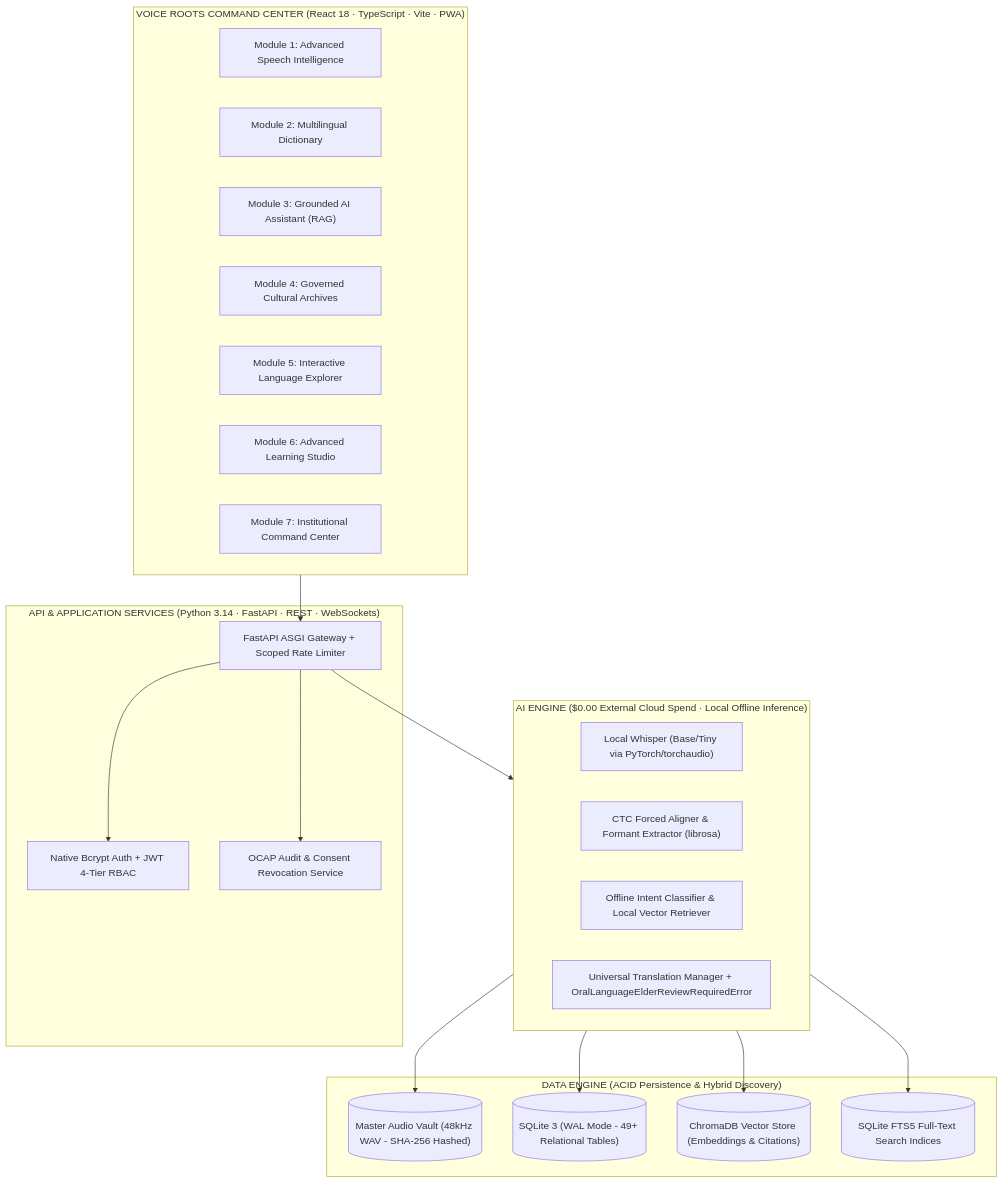
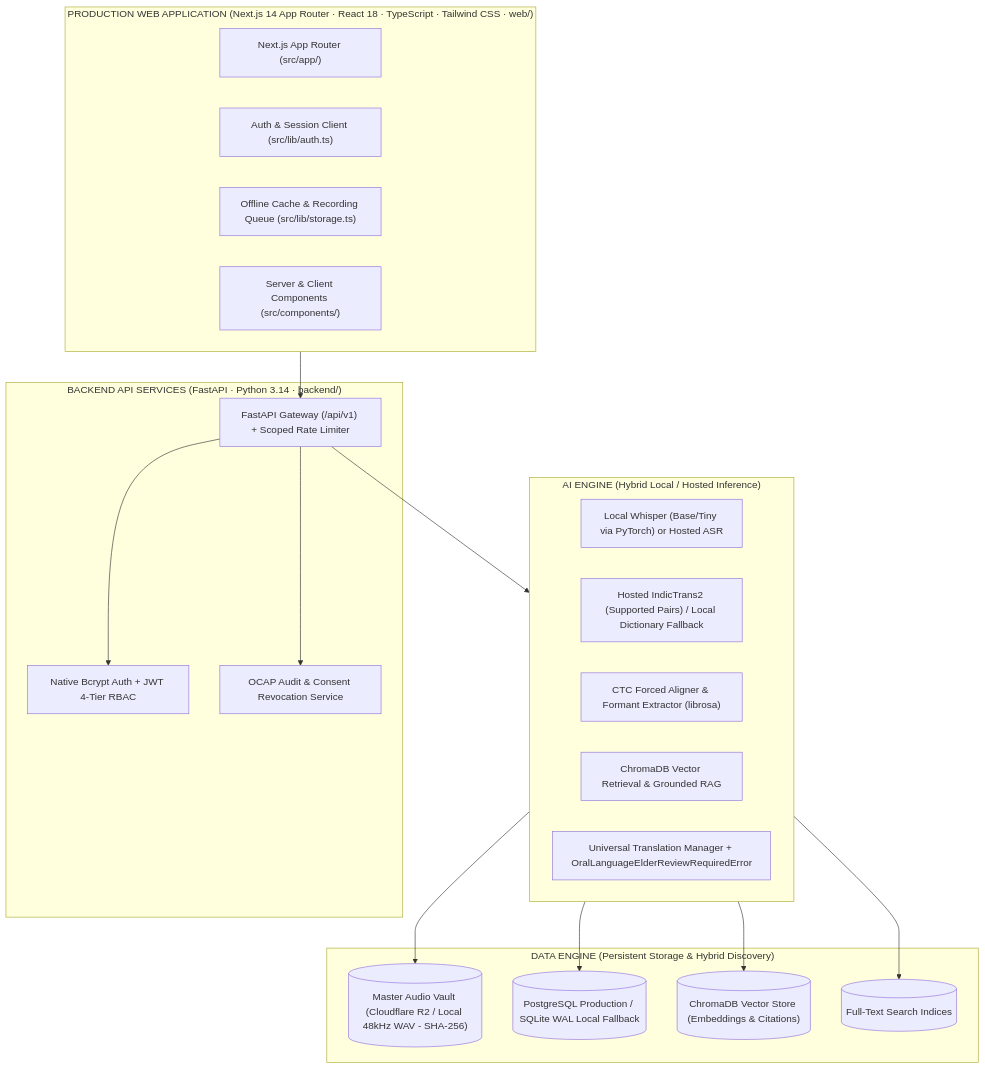
One commit to chinttuthonas1716-boop/voice-roots changed the diagram in docs/V2.0_ROADMAP.md. Above: the diagram before and after it, drawn with Mermaid. The commit also changed other lines of this file and 35 other files, not shown here.

Commit message:
feat(launch): Phase 0 - Scope freeze (T0.1) and Next.js 14 roadmap alignment (T0.2)

````diff
--- a/docs/V2.0_ROADMAP.md
+++ b/docs/V2.0_ROADMAP.md
@@ -16,41 +20,39 @@
 ```mermaid
 flowchart TD
-    subgraph UI["VOICE ROOTS COMMAND CENTER (React 18 · TypeScript · Vite · PWA)"]
-        UI_M1["Module 1: Advanced Speech Intelligence"]
-        UI_M2["Module 2: Multilingual Dictionary"]
-        UI_M3["Module 3: Grounded AI Assistant (RAG)"]
-        UI_M4["Module 4: Governed Cultural Archives"]
-        UI_M5["Module 5: Interactive Language Explorer"]
-        UI_M6["Module 6: Advanced Learning Studio"]
-        UI_M7["Module 7: Institutional Command Center"]
+    subgraph WebApp["PRODUCTION WEB APPLICATION (Next.js 14 App Router · React 18 · TypeScript · Tailwind CSS · web/)"]
+        AppRouter["Next.js App Router (src/app/)"]
+        AuthClient["Auth & Session Client (src/lib/auth.ts)"]
+        StorageClient["Offline Cache & Recording Queue (src/lib/storage.ts)"]
+        UIComponents["Server & Client Components (src/components/)"]
     end
 
-    subgraph API["API & APPLICATION SERVICES (Python 3.14 · FastAPI · REST · WebSockets)"]
-        APIGateway["FastAPI ASGI Gateway + Scoped Rate Limiter"]
+    subgraph API["BACKEND API SERVICES (FastAPI · Python 3.14 · backend/)"]
+        APIGateway["FastAPI Gateway (/api/v1) + Scoped Rate Limiter"]
         AuthService["Native Bcrypt Auth + JWT 4-Tier RBAC"]
         AuditService["OCAP Audit & Consent Revocation Service"]
     end
 
-    subgraph AI["AI ENGINE ($0.00 External Cloud Spend · Local Offline Inference)"]
-        LocalWhisper["Local Whisper (Base/Tiny via PyTorch/torchaudio)"]
+    subgraph AI["AI ENGINE (Hybrid Local / Hosted Inference)"]
+        LocalWhisper["Local Whisper (Base/Tiny via PyTorch) or Hosted ASR"]
+        IndicTrans["Hosted IndicTrans2 (Supported Pairs) / Local Dictionary Fallback"]
         AcousticAligner["CTC Forced Aligner & Formant Extractor (librosa)"]
-        RAGRouter["Offline Intent Classifier & Local Vector Retriever"]
+        RAGRouter["ChromaDB Vector Retrieval & Grounded RAG"]
         TranslationGate["Universal Translation Manager + OralLanguageElderReviewRequiredError"]
     end
 
-    subgraph DATA["DATA ENGINE (ACID Persistence & Hybrid Discovery)"]
-        MasterVault[("Master Audio Vault (48kHz WAV - SHA-256 Hashed)")]
-        SQLiteDB[("SQLite 3 (WAL Mode - 49+ Relational Tables)")]
+    subgraph DATA["DATA ENGINE (Persistent Storage & Hybrid Discovery)"]
+        ObjectStorage[("Master Audio Vault (Cloudflare R2 / Local 48kHz WAV - SHA-256)")]
+        DatabaseEngine[("PostgreSQL Production / SQLite WAL Local Fallback")]
         ChromaStore[("ChromaDB Vector Store (Embeddings & Citations)")]
-        FTS5Index[("SQLite FTS5 Full-Text Search Indices")]
+        FTS5Index[("Full-Text Search Indices")]
     end
 
-    UI --> APIGateway
+    WebApp --> APIGateway
     APIGateway --> AuthService
     APIGateway --> AuditService
     APIGateway --> AI
-    AI --> MasterVault
-    AI --> SQLiteDB
+    AI --> ObjectStorage
+    AI --> DatabaseEngine
     AI --> ChromaStore
     AI --> FTS5Index
 ```
````
